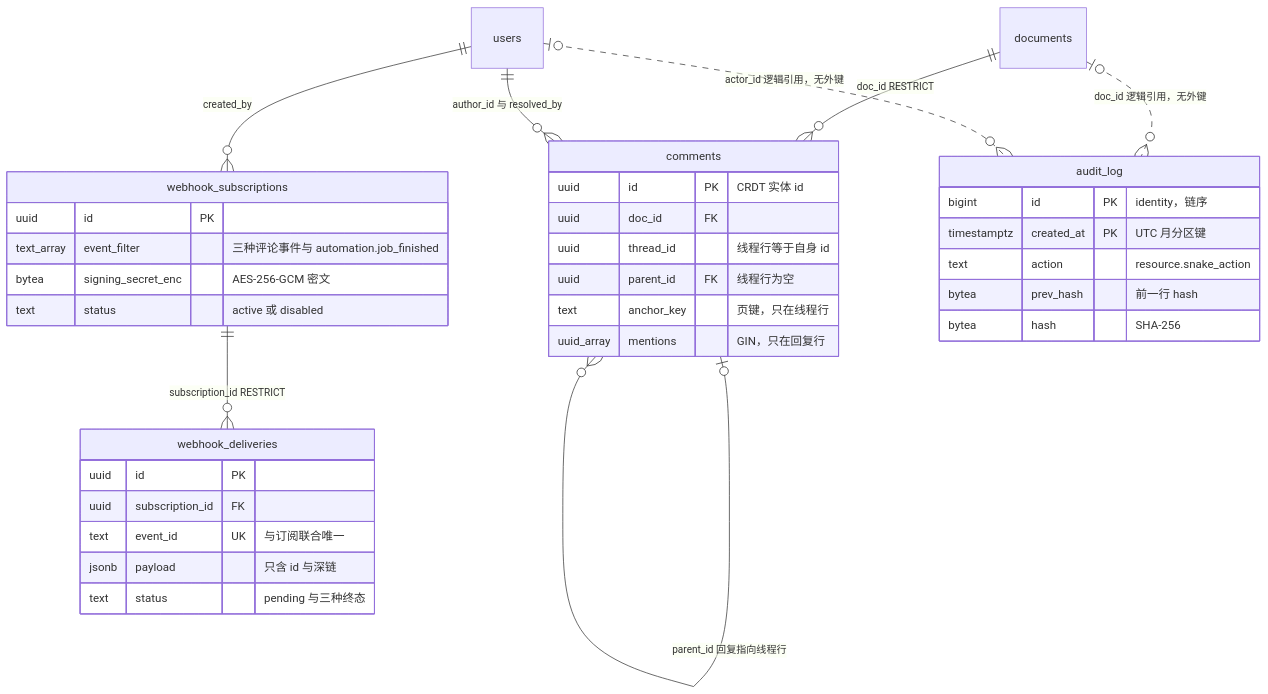
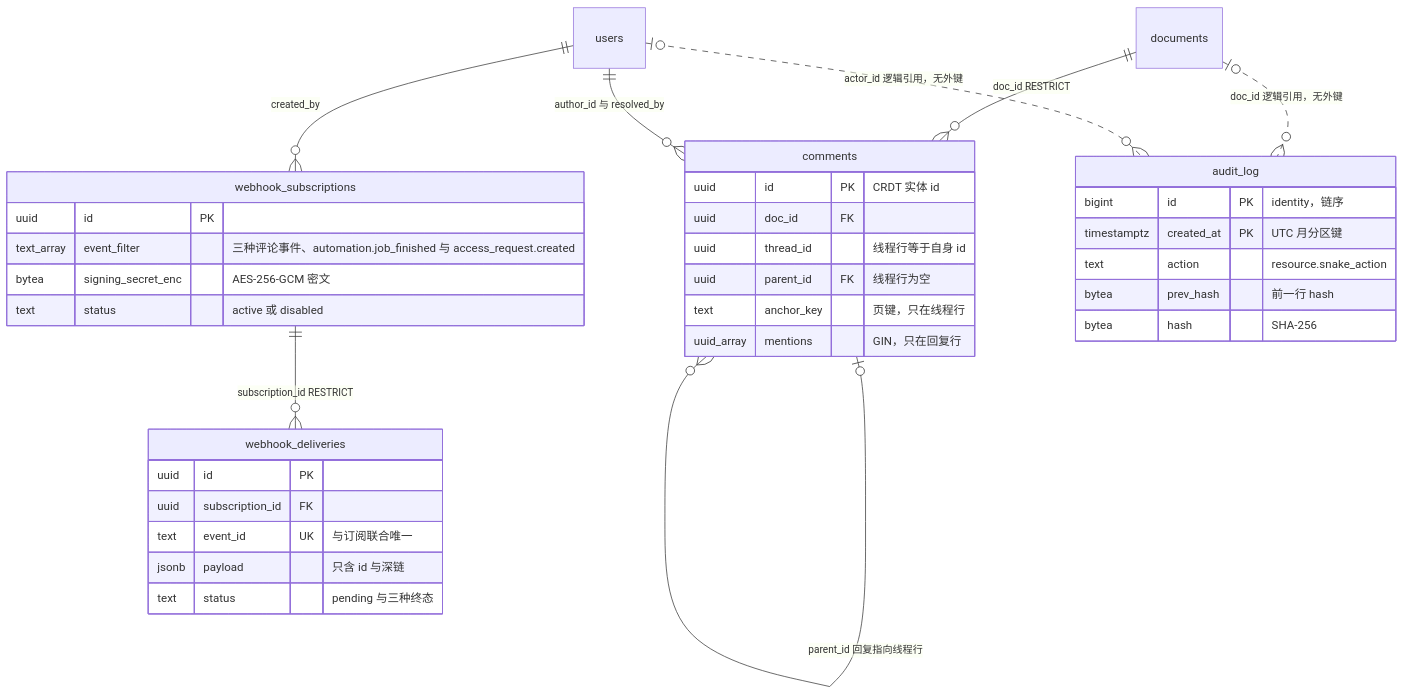
One commit to Xeonice/cordis-ppt-editor changed the second of 3 diagrams in docs/60-backend/13-ddl-comments-webhooks-audit.md. Above: the diagram before and after it, drawn with Mermaid. The commit also changed other lines of this file and 19 other files, not shown here.

````diff
--- a/docs/60-backend/13-ddl-comments-webhooks-audit.md
+++ b/docs/60-backend/13-ddl-comments-webhooks-audit.md
@@ -572,38 +594,38 @@
 ```mermaid
 erDiagram
   documents ||--o{ comments : "doc_id RESTRICT"
   users ||--o{ comments : "author_id 与 resolved_by"
   comments |o--o{ comments : "parent_id 回复指向线程行"
   users ||--o{ webhook_subscriptions : "created_by"
   webhook_subscriptions ||--o{ webhook_deliveries : "subscription_id RESTRICT"
   documents |o..o{ audit_log : "doc_id 逻辑引用，无外键"
   users |o..o{ audit_log : "actor_id 逻辑引用，无外键"
   comments {
     uuid id PK "CRDT 实体 id"
     uuid doc_id FK
     uuid thread_id "线程行等于自身 id"
     uuid parent_id FK "线程行为空"
     text anchor_key "页键，只在线程行"
     uuid_array mentions "GIN，只在回复行"
   }
   audit_log {
     bigint id PK "identity，链序"
     timestamptz created_at PK "UTC 月分区键"
     text action "resource.snake_action"
     bytea prev_hash "前一行 hash"
     bytea hash "SHA-256"
   }
   webhook_subscriptions {
     uuid id PK
-    text_array event_filter "三种评论事件与 automation.job_finished"
+    text_array event_filter "三种评论事件、automation.job_finished 与 access_request.created"
     bytea signing_secret_enc "AES-256-GCM 密文"
     text status "active 或 disabled"
   }
   webhook_deliveries {
     uuid id PK
     uuid subscription_id FK
     text event_id UK "与订阅联合唯一"
     jsonb payload "只含 id 与深链"
     text status "pending 与三种终态"
   }
 ```
````
